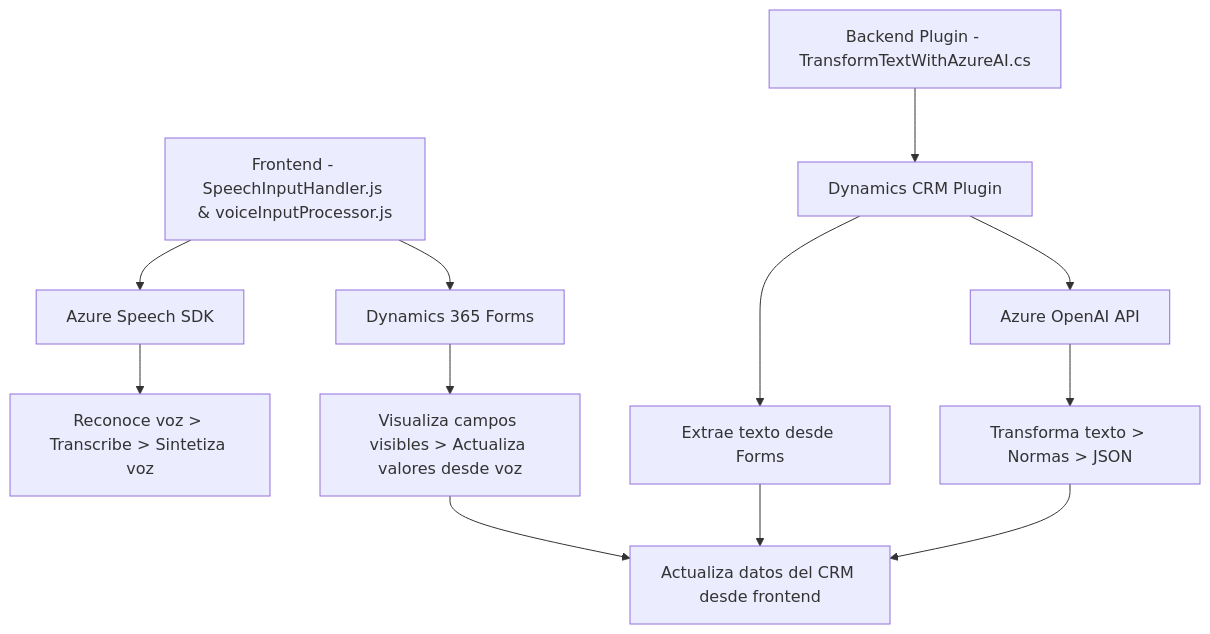
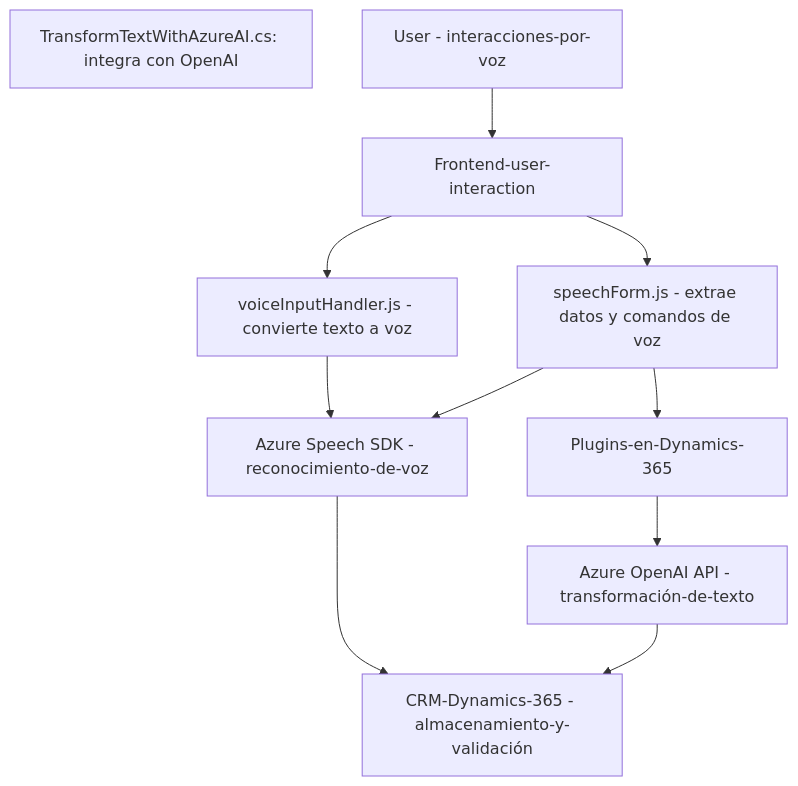
One commit to blopezdm/NETCORE_BILBAO2025 changed the diagram in README.md. Above: the diagram before and after it, drawn with Mermaid. The commit also changed other lines of this file, not shown here.

Commit message:
Actualizar análisis global de la solución con IA

````diff
--- a/README.md
+++ b/README.md
@@ -38,16 +44,22 @@
 ```mermaid
 graph TD
-    A["Frontend - SpeechInputHandler.js & voiceInputProcessor.js"] --> B["Azure Speech SDK"]
-    B --> C["Reconoce voz > Transcribe > Sintetiza voz"]
-    A --> D["Dynamics 365 Forms"]
-    D --> E["Visualiza campos visibles > Actualiza valores desde voz"]
+    A["Frontend-user-interaction"]
+    B["voiceInputHandler.js - convierte texto a voz"]
+    C["speechForm.js - extrae datos y comandos de voz"]
+    D["Plugins-en-Dynamics-365"]
+    E["TransformTextWithAzureAI.cs: integra con OpenAI"]
+    F["Azure Speech SDK - reconocimiento-de-voz"]
+    G["Azure OpenAI API - transformación-de-texto"]
+    H["CRM-Dynamics-365 - almacenamiento-y-validación"]
+    I["User - interacciones-por-voz"]
 
-    F["Backend Plugin - TransformTextWithAzureAI.cs"] --> G["Dynamics CRM Plugin"]
-    G --> H["Extrae texto desde Forms"]
-    G --> I["Azure OpenAI API"]
-    I --> J["Transforma texto > Normas > JSON"]
-
-    E --> K["Actualiza datos del CRM desde frontend"]
-    H --> K
-    J --> K
+    A --> B
+    A --> C 
+    I --> A
+    B --> F
+    C --> F
+    F --> H
+    C --> D
+    D --> G
+    G --> H
 ```
````
